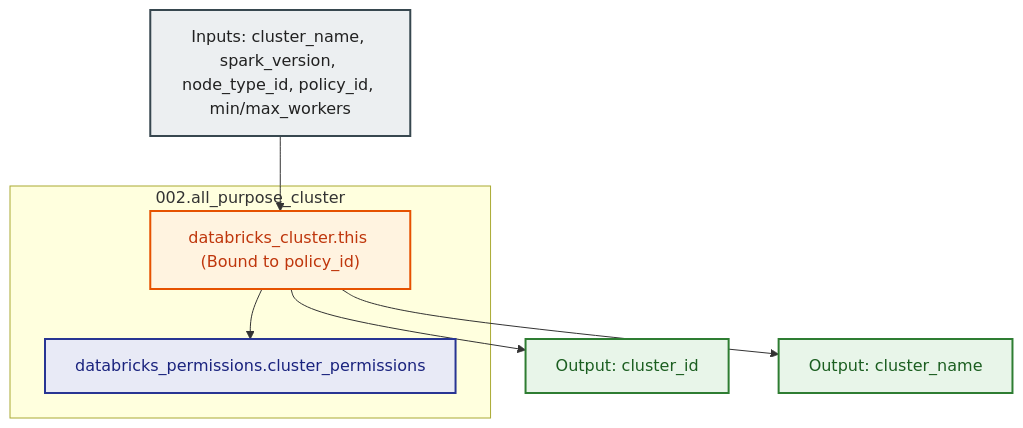
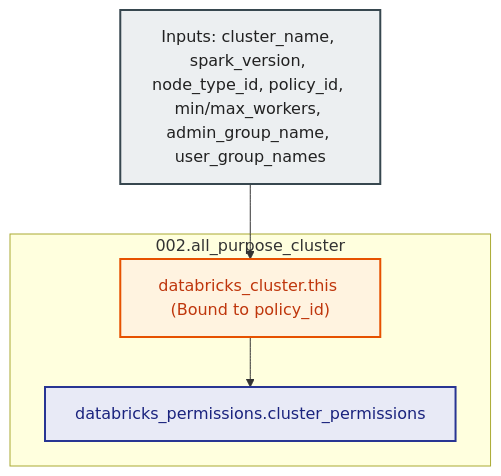
One commit to MikolajSedek/databricks_aws_deployment_03_workspaces_and_compute changed the diagram in modules/05.compute/002.all_purpose_cluster/README.md. Above: the diagram before and after it, drawn with Mermaid. The commit also changed other lines of this file and 40 other files, not shown here.

````diff
--- a/modules/05.compute/002.all_purpose_cluster/README.md
+++ b/modules/05.compute/002.all_purpose_cluster/README.md
@@ -53,23 +52,17 @@
 ```mermaid
 flowchart TD
     classDef input fill:#ECEFF1,stroke:#37474F,stroke-width:2px,color:#212121;
     classDef compute fill:#FFF3E0,stroke:#E65100,stroke-width:2px,color:#BF360C;
     classDef acl fill:#E8EAF6,stroke:#283593,stroke-width:2px,color:#1A237E;
-    classDef out fill:#E8F5E9,stroke:#2E7D32,stroke-width:2px,color:#1B5E20;
 
-    Inputs["Inputs: cluster_name, spark_version, node_type_id, policy_id, min/max_workers"]:::input
+    Inputs["Inputs: cluster_name, spark_version, node_type_id, policy_id, min/max_workers, admin_group_name, user_group_names"]:::input
 
     subgraph ClusterModule ["002.all_purpose_cluster"]
         Cluster["databricks_cluster.this (Bound to policy_id)"]:::compute
         ACL["databricks_permissions.cluster_permissions"]:::acl
 
         Cluster --> ACL
     end
 
-    OutID["Output: cluster_id"]:::out
-    OutName["Output: cluster_name"]:::out
-
     Inputs --> Cluster
-    Cluster --> OutID
-    Cluster --> OutName
 ```
````
